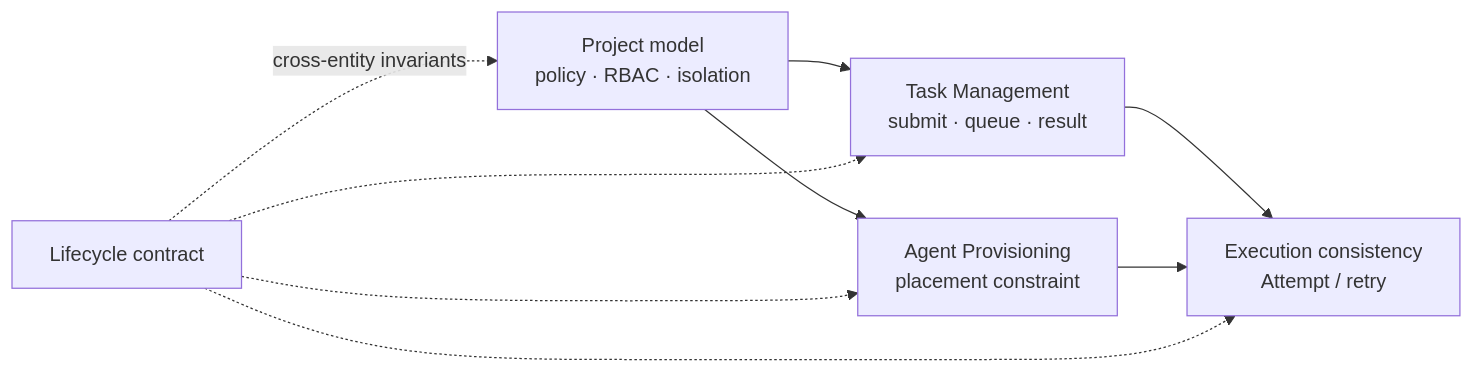
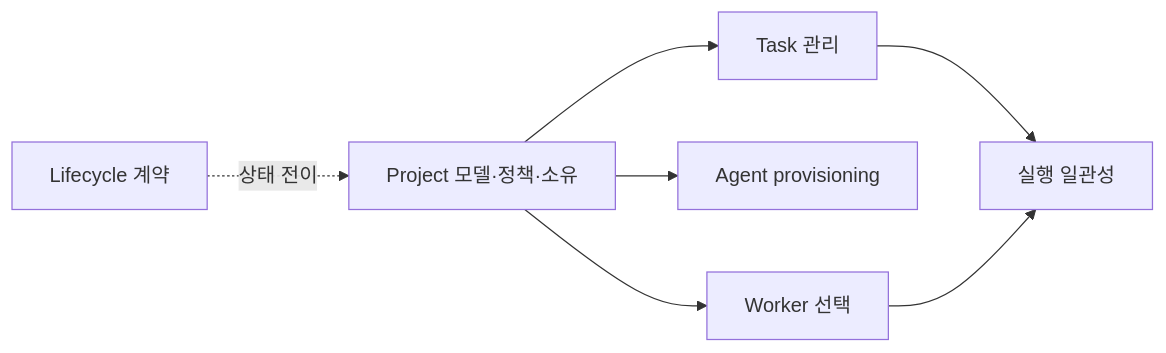
Before and after one commit to yarang/grok-fleet-orchestrator: the diagram in docs/architecture/project-feature-design.md, drawn with Mermaid. The commit also changed other lines of this file and 7 other files, not shown here.

Commit message:
docs: split project model contract

````diff
--- a/docs/architecture/project-feature-design.md
+++ b/docs/architecture/project-feature-design.md
@@ -34,11 +25,9 @@
 ```mermaid
 flowchart LR
-    Project["Project model\npolicy · RBAC · isolation"] --> Task["Task Management\nsubmit · queue · result"]
-    Project --> Agent["Agent Provisioning\nplacement constraint"]
-    Task --> Attempt["Execution consistency\nAttempt / retry"]
-    Agent --> Attempt
-    Lifecycle["Lifecycle contract"] -. "cross-entity invariants" .-> Project
-    Lifecycle -.-> Task
-    Lifecycle -.-> Agent
-    Lifecycle -.-> Attempt
+    Project["Project 모델·정책·소유"] --> Task["Task 관리"]
+    Project --> Provisioning["Agent provisioning"]
+    Project --> Selector["Worker 선택"]
+    Task --> Attempt["실행 일관성"]
+    Lifecycle["Lifecycle 계약"] -. "상태 전이" .-> Project
+    Selector --> Attempt
 ```
````
